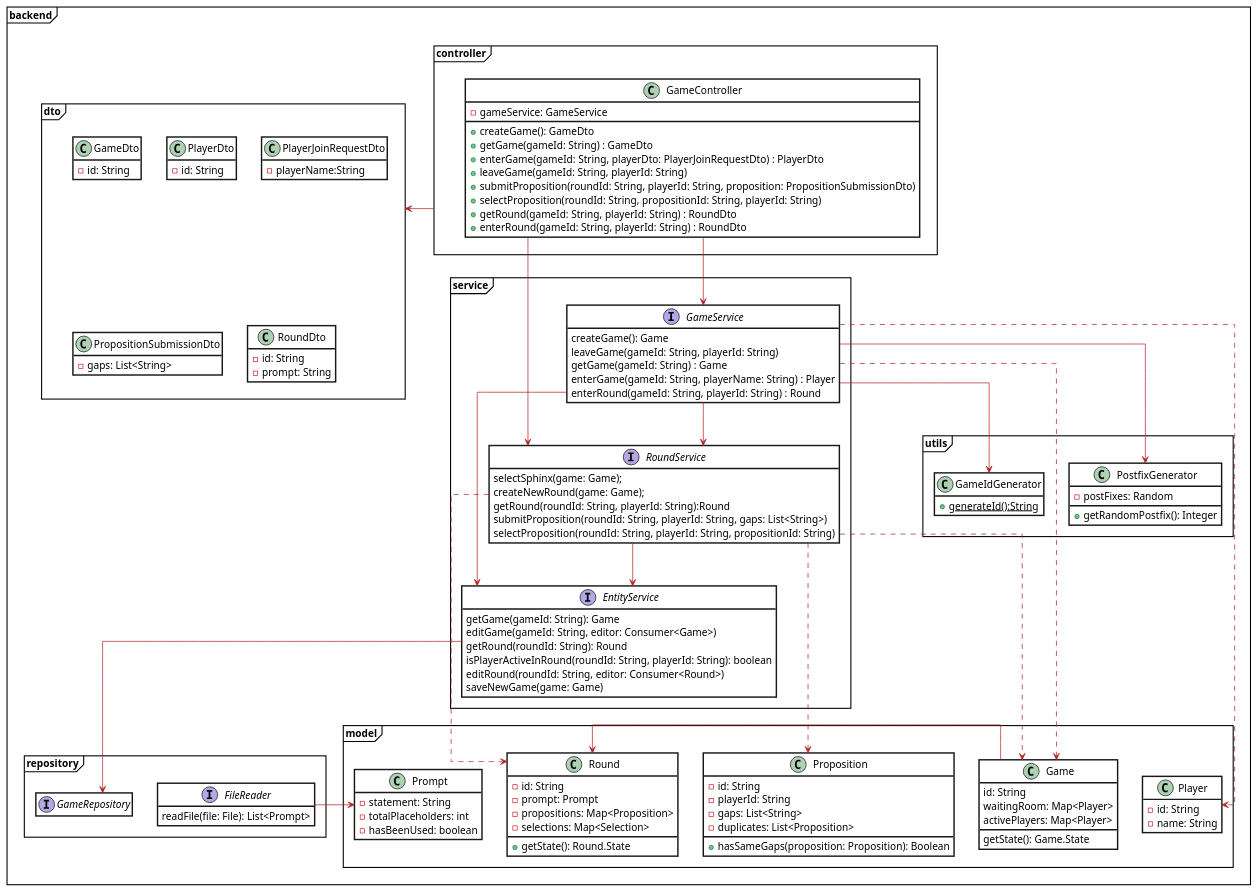
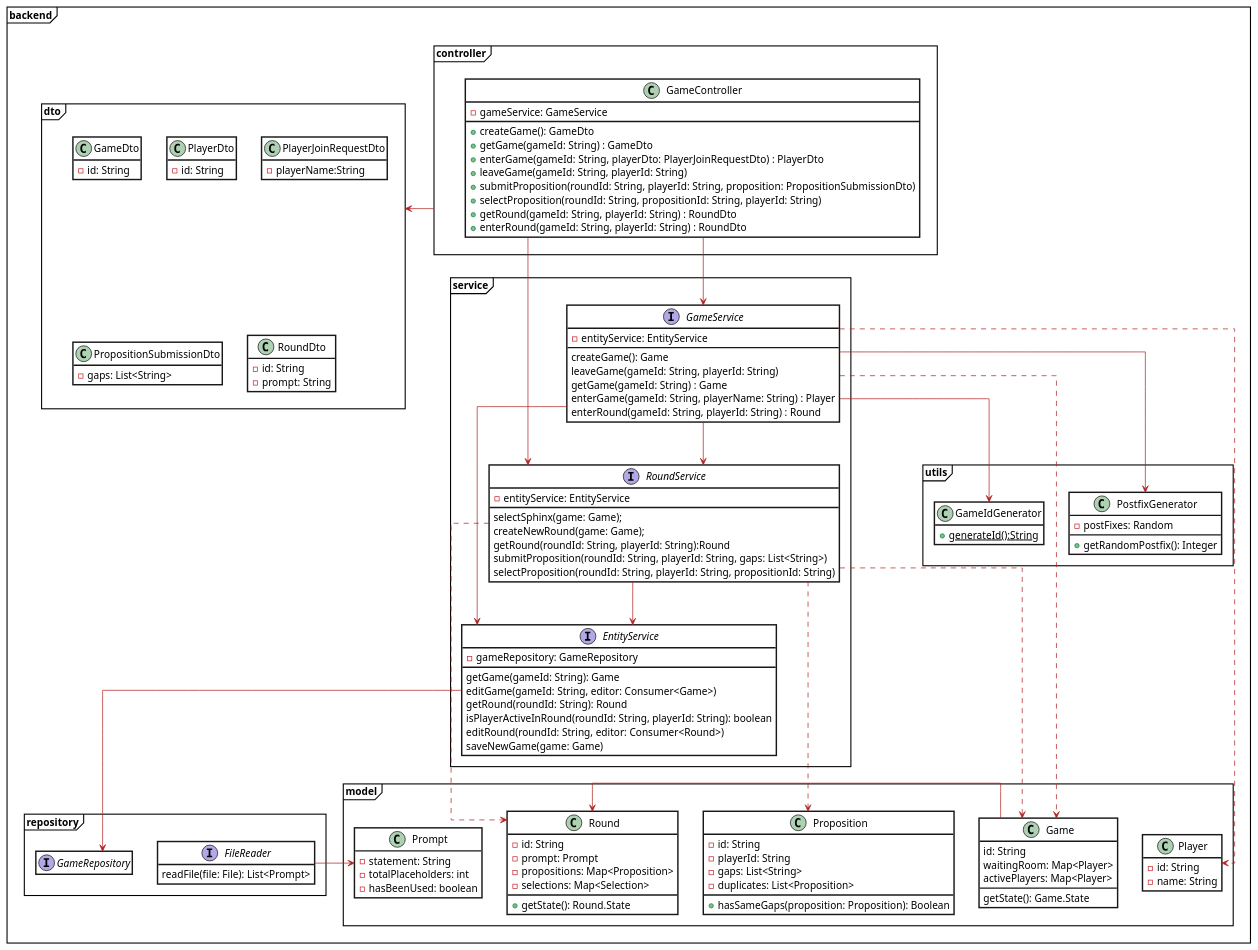
Before and after one commit to patrickwinti/worldwidewalter: the diagram in docs/diagrams/DCD_full.plantuml, drawn with PlantUML. The commit also changed 8 other files, not shown here.

Commit message:
[WWW-59] leave game diagrams

```diff
--- a/docs/diagrams/DCD_full.plantuml
+++ b/docs/diagrams/DCD_full.plantuml
@@ -1,145 +1,148 @@
 @startuml
 skinparam class {
     BackgroundColor white
     ArrowColor Firebrick
     BorderThickness 2
 }
 skinparam Note{
     BorderColor #FFD966
     BackgroundColor #FFD966
 }
 skinparam roundcorner 0
 skinparam packagestyle Frame
 hide empty members
 'left to right direction
 skinparam linetype ortho
 
 package backend{
     package controller {
         class GameController {
             -gameService: GameService
             +createGame(): GameDto
             +getGame(gameId: String) : GameDto
             +enterGame(gameId: String, playerDto: PlayerJoinRequestDto) : PlayerDto
             +leaveGame(gameId: String, playerId: String)
             +submitProposition(roundId: String, playerId: String, proposition: PropositionSubmissionDto)
             +selectProposition(roundId: String, propositionId: String, playerId: String)
             +getRound(gameId: String, playerId: String) : RoundDto
             +enterRound(gameId: String, playerId: String) : RoundDto
         }
     }
     package dto {
         class GameDto {
            -id: String
         }
         class PlayerDto {
            -id: String
         }
         class PlayerJoinRequestDto {
             -playerName:String
         }
         class PropositionSubmissionDto {
             -gaps: List<String>
         }
         class RoundDto {
             -id: String
             -prompt: String
         }
     }
     package model {
         class Game {
             id: String
             waitingRoom: Map<Player>
             activePlayers: Map<Player>
             getState(): Game.State
         }
         class Prompt{
             -statement: String
             -totalPlaceholders: int
             -hasBeenUsed: boolean
         }
         class Proposition{
             -id: String
             -playerId: String
             -gaps: List<String>
             -duplicates: List<Proposition>
             +hasSameGaps(proposition: Proposition): Boolean
         }
         class Player {
               -id: String
               -name: String
         }
         class Round {
              -id: String
              -prompt: Prompt
              -propositions: Map<Proposition>
              -selections: Map<Selection>
              +getState(): Round.State
         }
     }
     package service {
         interface GameService{
+            -entityService: EntityService
            createGame(): Game
            leaveGame(gameId: String, playerId: String)
            getGame(gameId: String) : Game
            enterGame(gameId: String, playerName: String) : Player
            enterRound(gameId: String, playerId: String) : Round
         }
         interface RoundService{
+            -entityService: EntityService
             selectSphinx(game: Game);
             createNewRound(game: Game);
             getRound(roundId: String, playerId: String):Round
             submitProposition(roundId: String, playerId: String, gaps: List<String>)
             selectProposition(roundId: String, playerId: String, propositionId: String)
         }
         interface EntityService{
+           -gameRepository: GameRepository
             getGame(gameId: String): Game
             editGame(gameId: String, editor: Consumer<Game>)
             getRound(roundId: String): Round
             isPlayerActiveInRound(roundId: String, playerId: String): boolean
             editRound(roundId: String, editor: Consumer<Round>)
             saveNewGame(game: Game)
         }
     }
     package repository {
         interface GameRepository
          interface FileReader{
               readFile(file: File): List<Prompt>
          }
     }
 
     package utils{
         class PostfixGenerator {
             -postFixes: Random
             +getRandomPostfix(): Integer
         }
 
         class GameIdGenerator {
             +generateId():String{static}
         }
     }
 }
 
 controller ->dto
 
 GameController -> RoundService
 GameController --> GameService
 
 GameService ..> Game
 GameService ..> Player
 GameService --> EntityService
 GameService --> PostfixGenerator
 GameService --> GameIdGenerator
 GameService --> RoundService
 
 RoundService ..>Game
 RoundService ..>Round
 RoundService ..> Proposition
 RoundService --> EntityService
 
 EntityService --> GameRepository
 
 FileReader -> Prompt
 
 Game -> Round
 @enduml
```
